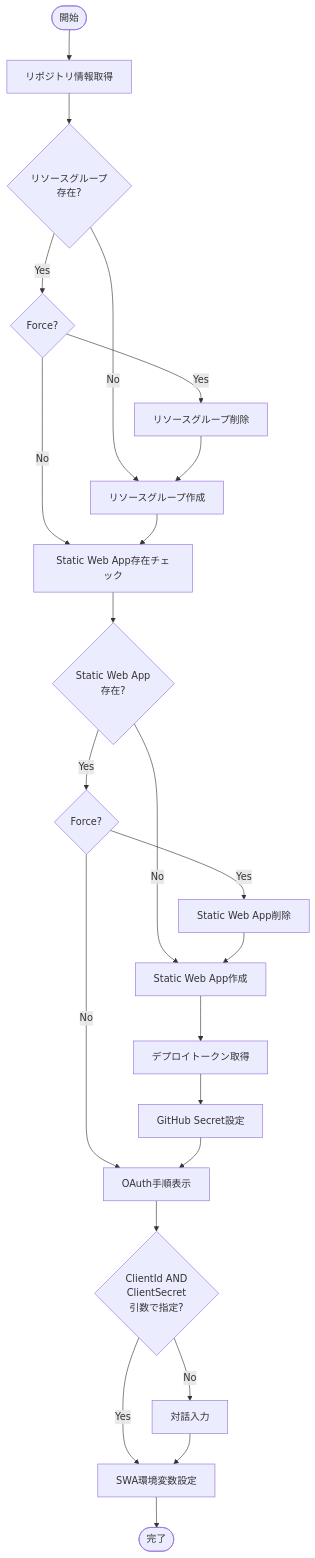
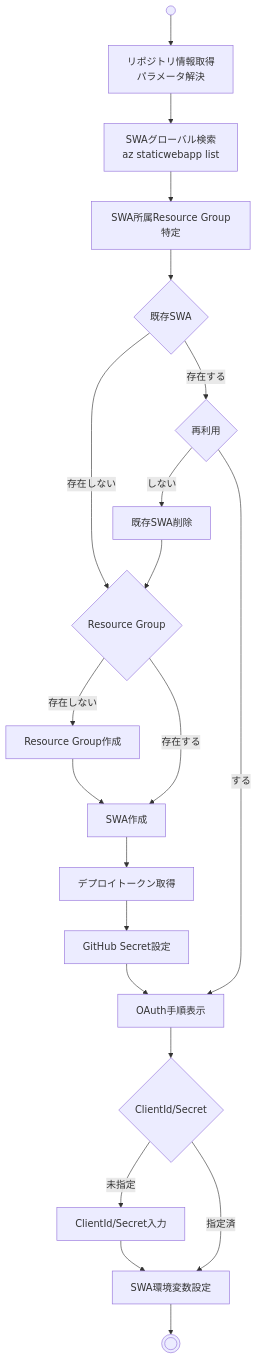
The diagram in DESIGN.md (nuitsjp/swa-github-repo-auth), drawn with Mermaid before and after one commit. The commit also changed other lines of this file and 1 other file, not shown here.

Commit message:
feat: スクリプトの動作仕様を更新し、既存リソースの再利用オプションを追加

````diff
--- a/DESIGN.md
+++ b/DESIGN.md
@@ -22,38 +25,34 @@
 ```mermaid
 flowchart TD
-    Start([開始]) --> ResolveRepo[リポジトリ情報取得]
+    Start(( )) --> ResolveRepo[リポジトリ情報取得<br/>パラメータ解決]
     
-    ResolveRepo --> CheckRGExists{リソースグループ<br/>存在?}
+    ResolveRepo --> CheckSWA[SWAグローバル検索<br/>az staticwebapp list]
+    CheckSWA --> ParseSWA[SWA所属Resource Group特定]
     
-    CheckRGExists -->|Yes| CheckForceRG{Force?}
-    CheckRGExists -->|No| CreateRG[リソースグループ作成]
+    ParseSWA --> GuardSWA{既存SWA}
     
-    CheckForceRG -->|Yes| DeleteRG[リソースグループ削除]
-    CheckForceRG -->|No| CheckSWAExists[Static Web App存在チェック]
+    GuardSWA -->|存在しない| CheckRG{Resource Group}
     
-    DeleteRG --> CreateRG
-    CreateRG --> CheckSWAExists
+    GuardSWA -->|存在する| PromptReuse{再利用}
     
-    CheckSWAExists --> IsSWAExists{Static Web App<br/>存在?}
+    PromptReuse -->|しない| DeleteSWA[既存SWA削除]
+    DeleteSWA --> CheckRG
     
-    IsSWAExists -->|Yes| CheckForceSWA{Force?}
-    IsSWAExists -->|No| CreateSWA[Static Web App作成]
+    PromptReuse -->|する| ShowOAuth[OAuth手順表示]
     
-    CheckForceSWA -->|Yes| DeleteSWA[Static Web App削除]
-    CheckForceSWA -->|No| ShowOAuth[OAuth手順表示]
-    
-    DeleteSWA --> CreateSWA
+    CheckRG -->|存在しない| CreateRG[Resource Group作成]
+    CheckRG -->|存在する| CreateSWA[SWA作成]
+    CreateRG --> CreateSWA
     
     CreateSWA --> GetToken[デプロイトークン取得]
     GetToken --> SetGHSecret[GitHub Secret設定]
     SetGHSecret --> ShowOAuth
     
-    ShowOAuth --> CheckCred{ClientId AND<br/>ClientSecret<br/>引数で指定?}
+    ShowOAuth --> CheckCred{ClientId/Secret}
     
-    CheckCred -->|No| InputInteractive[対話入力]
-    CheckCred -->|Yes| SetEnvVars[SWA環境変数設定]
+    CheckCred -->|未指定| PromptCred[ClientId/Secret入力]
+    CheckCred -->|指定済| SetEnvVars[SWA環境変数設定]
+    PromptCred --> SetEnvVars
     
-    InputInteractive --> SetEnvVars
-    
-    SetEnvVars --> End([完了])
+    SetEnvVars --> End((( )))
 ```
````
